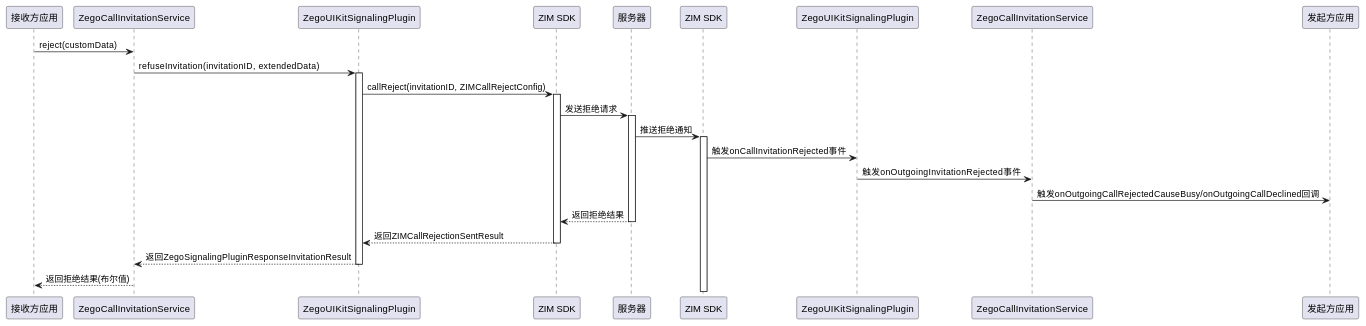
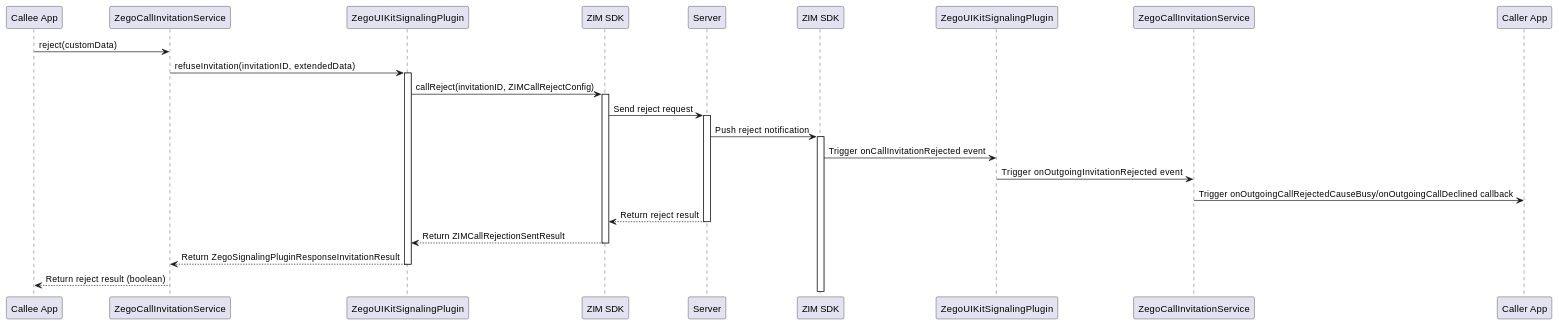
The third of 5 diagrams in documents/sequence_diagram.md (ZEGOCLOUD/zego_uikit_prebuilt_call_flutter), drawn with PlantUML before and after one commit. The commit also changed other lines of this file and 3 other files, not shown here.

````diff
--- a/documents/sequence_diagram.md
+++ b/documents/sequence_diagram.md
@@ -81,34 +81,34 @@
 ```plantuml
 @startuml
-participant "接收方应用" as AppB
+participant "Callee App" as AppB
 participant "ZegoCallInvitationService" as ServiceB
 participant "ZegoUIKitSignalingPlugin" as PluginB
 participant "ZIM SDK" as ZIMB
-participant "服务器" as Server
+participant "Server" as Server
 participant "ZIM SDK" as ZIMA
 participant "ZegoUIKitSignalingPlugin" as PluginA
 participant "ZegoCallInvitationService" as ServiceA
-participant "发起方应用" as AppA
+participant "Caller App" as AppA
 
 AppB -> ServiceB: reject(customData)
 ServiceB -> PluginB: refuseInvitation(invitationID, extendedData)
 activate PluginB
 PluginB -> ZIMB: callReject(invitationID, ZIMCallRejectConfig)
 activate ZIMB
-ZIMB -> Server: 发送拒绝请求
+ZIMB -> Server: Send reject request
 activate Server
-Server -> ZIMA: 推送拒绝通知
+Server -> ZIMA: Push reject notification
 activate ZIMA
-ZIMA -> PluginA: 触发onCallInvitationRejected事件
-PluginA -> ServiceA: 触发onOutgoingInvitationRejected事件
-ServiceA -> AppA: 触发onOutgoingCallRejectedCauseBusy/onOutgoingCallDeclined回调
-Server --> ZIMB: 返回拒绝结果
+ZIMA -> PluginA: Trigger onCallInvitationRejected event
+PluginA -> ServiceA: Trigger onOutgoingInvitationRejected event
+ServiceA -> AppA: Trigger onOutgoingCallRejectedCauseBusy/onOutgoingCallDeclined callback
+Server --> ZIMB: Return reject result
 deactivate Server
-ZIMB --> PluginB: 返回ZIMCallRejectionSentResult
+ZIMB --> PluginB: Return ZIMCallRejectionSentResult
 deactivate ZIMB
-PluginB --> ServiceB: 返回ZegoSignalingPluginResponseInvitationResult
+PluginB --> ServiceB: Return ZegoSignalingPluginResponseInvitationResult
 deactivate PluginB
-ServiceB --> AppB: 返回拒绝结果(布尔值)
+ServiceB --> AppB: Return reject result (boolean)
 
 @enduml
 ```
````
